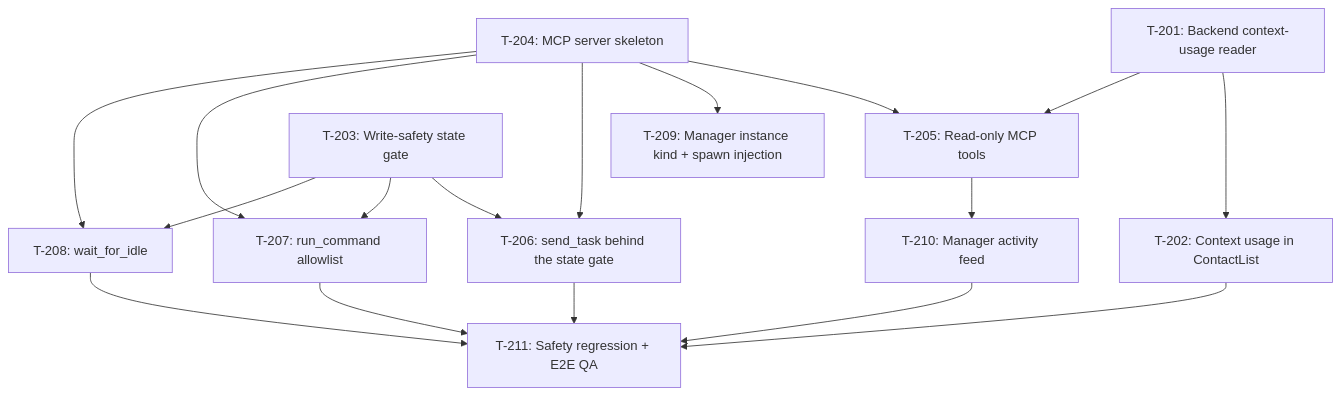
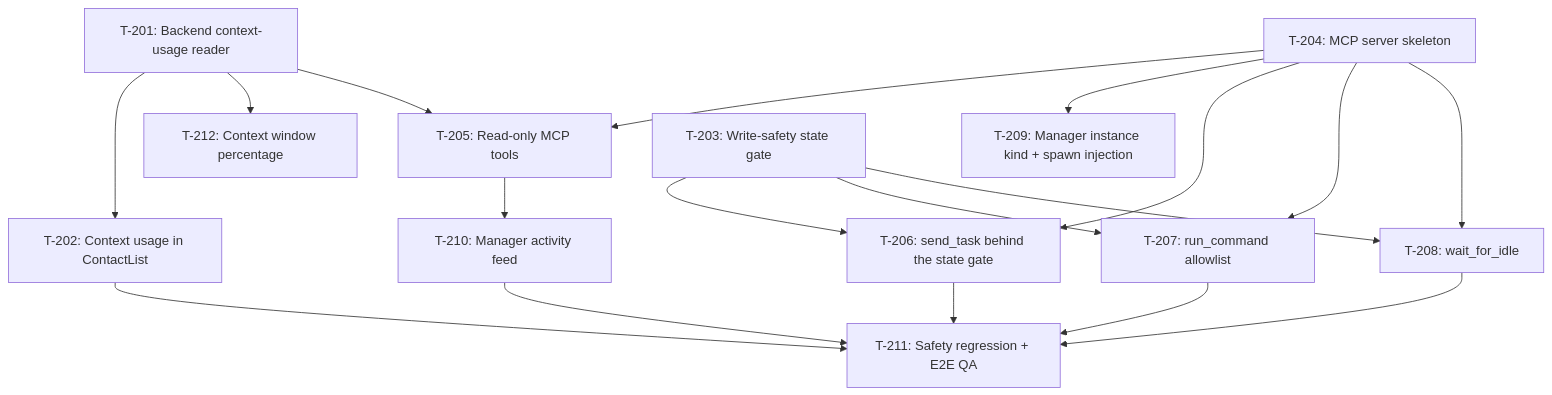
One commit to Jasenpan1987/multi-code changed the diagram in docs/specs/manager-agent/kanban.md. Above: the diagram before and after it, drawn with Mermaid. The commit also changed other lines of this file and 7 other files, not shown here.

````diff
--- a/docs/specs/manager-agent/kanban.md
+++ b/docs/specs/manager-agent/kanban.md
@@ -10,19 +10,20 @@
 ```mermaid
 graph TD
     T201[T-201: Backend context-usage reader] --> T202[T-202: Context usage in ContactList]
+    T201 --> T212[T-212: Context window percentage]
     T201 --> T205[T-205: Read-only MCP tools]
     T204[T-204: MCP server skeleton] --> T205
     T204 --> T209[T-209: Manager instance kind + spawn injection]
     T204 --> T206[T-206: send_task behind the state gate]
     T204 --> T207[T-207: run_command allowlist]
     T204 --> T208[T-208: wait_for_idle]
     T203[T-203: Write-safety state gate] --> T206
     T203 --> T207
     T203 --> T208
     T205 --> T210[T-210: Manager activity feed]
     T202 --> T211[T-211: Safety regression + E2E QA]
     T206 --> T211
     T207 --> T211
     T208 --> T211
     T210 --> T211
 ```
````
